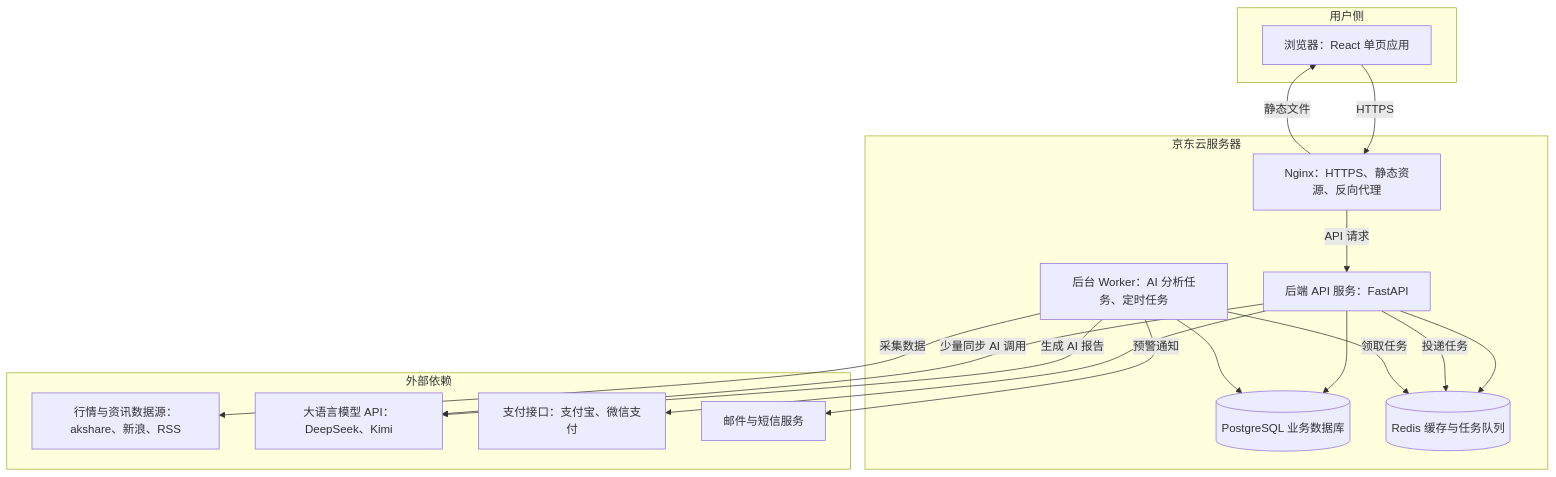
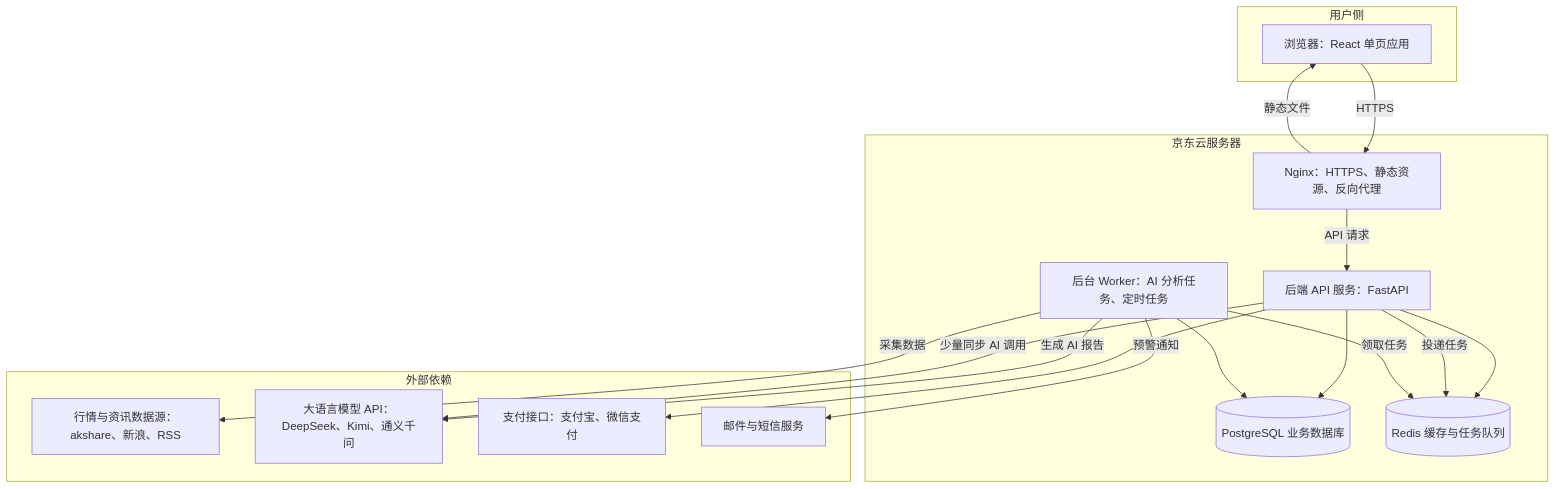
One commit to zhizhengqin/aistock changed the first of 4 diagrams in docs/系统架构设计说明书.md. Above: the diagram before and after it, drawn with Mermaid. The commit also changed other lines of this file and 11 other files, not shown here.

````diff
--- a/docs/系统架构设计说明书.md
+++ b/docs/系统架构设计说明书.md
@@ -36,35 +36,35 @@
 ```mermaid
 flowchart TB
     subgraph 用户侧
         U["浏览器：React 单页应用"]
     end
 
     subgraph 京东云服务器
         NG["Nginx：HTTPS、静态资源、反向代理"]
         API["后端 API 服务：FastAPI"]
         WK["后台 Worker：AI 分析任务、定时任务"]
         DB[("PostgreSQL 业务数据库")]
         RD[("Redis 缓存与任务队列")]
     end
 
     subgraph 外部依赖
         DS["行情与资讯数据源：akshare、新浪、RSS"]
-        LLM["大语言模型 API：DeepSeek、Kimi"]
+        LLM["大语言模型 API：DeepSeek、Kimi、通义千问"]
         PAY["支付接口：支付宝、微信支付"]
         MAIL["邮件与短信服务"]
     end
 
     U -->|"HTTPS"| NG
     NG -->|"API 请求"| API
     NG -->|"静态文件"| U
     API --> DB
     API --> RD
     API -->|"投递任务"| RD
     WK -->|"领取任务"| RD
     WK --> DB
     WK -->|"采集数据"| DS
     WK -->|"生成 AI 报告"| LLM
     API -->|"少量同步 AI 调用"| LLM
     API --> PAY
     WK -->|"预警通知"| MAIL
 ```
````
